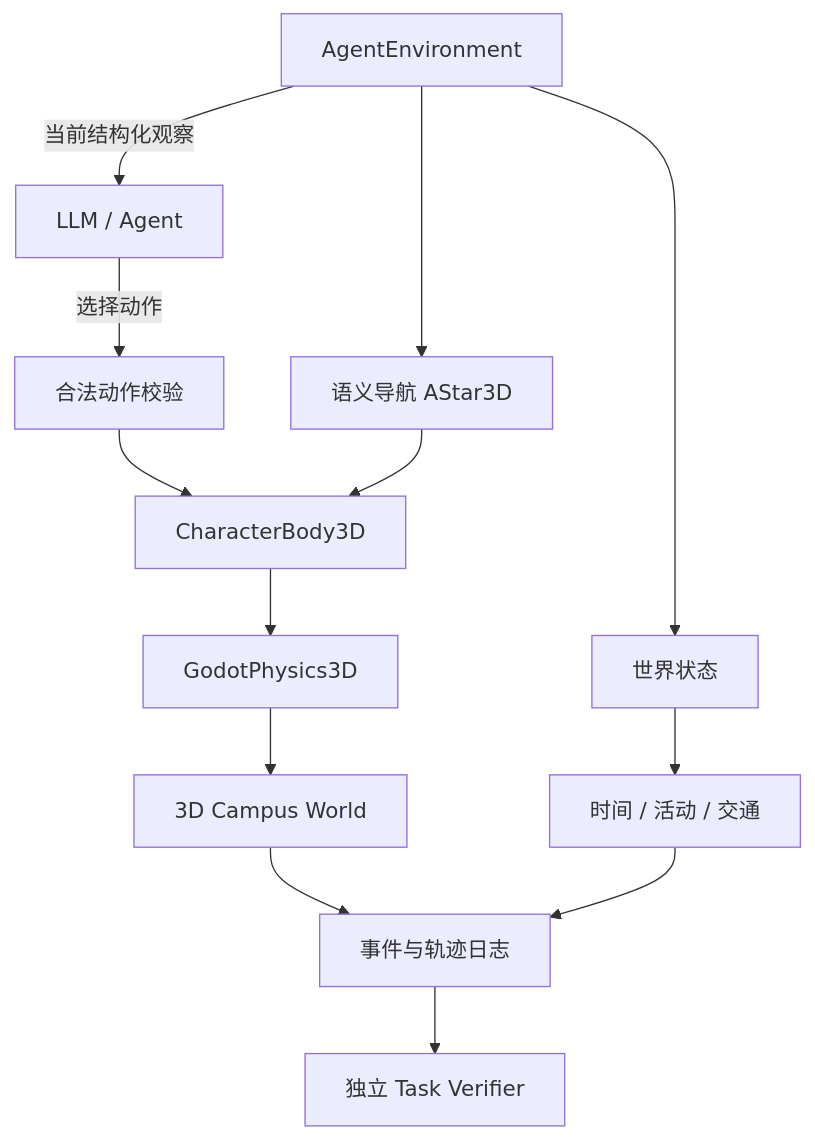
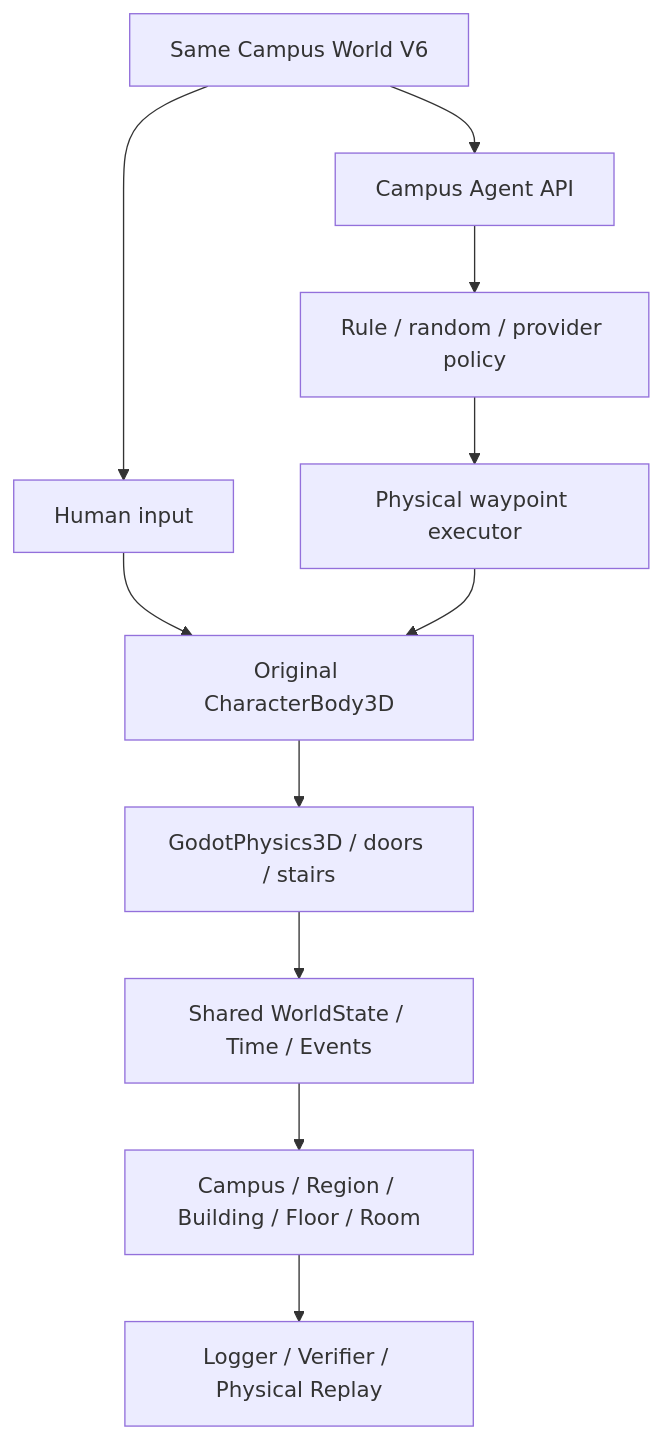
Before and after one commit to jasperjlou/CUHKSZ-MicroWorld: the diagram in README.md, drawn with Mermaid. The commit also changed other lines of this file and 60 other files, not shown here.

Commit message:
feat(product): ship unified Human and Agent campus modes

````diff
--- a/README.md
+++ b/README.md
@@ -79,15 +43,13 @@
 ```mermaid
 flowchart TD
-    B[AgentEnvironment] -->|当前结构化观察| A[LLM / Agent]
-    A -->|选择动作| C[合法动作校验]
-    B --> D[语义导航 AStar3D]
-    B --> E[世界状态]
-    C --> F[CharacterBody3D]
-    D --> F
-    E --> G[时间 / 活动 / 交通]
-    F --> H[GodotPhysics3D]
-    H --> I[3D Campus World]
-    I --> J[事件与轨迹日志]
-    G --> J
-    J --> K[独立 Task Verifier]
+    World[Same Campus World V6] --> Human[Human input]
+    World --> API[Campus Agent API]
+    API --> Policy[Rule / random / provider policy]
+    Human --> Body[Original CharacterBody3D]
+    Policy --> Executor[Physical waypoint executor]
+    Executor --> Body
+    Body --> Physics[GodotPhysics3D / doors / stairs]
+    Physics --> State[Shared WorldState / Time / Events]
+    State --> Semantic[Campus / Region / Building / Floor / Room]
+    Semantic --> Evidence[Logger / Verifier / Physical Replay]
 ```
````
